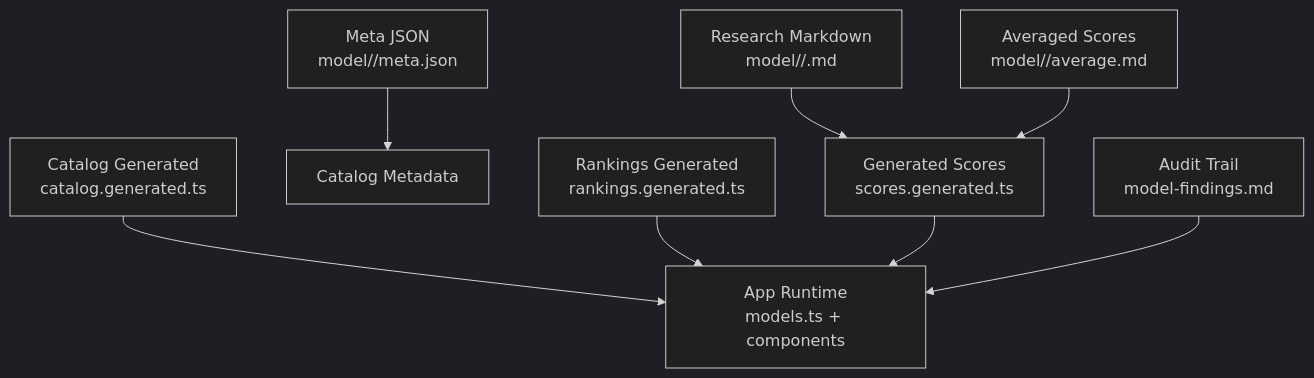
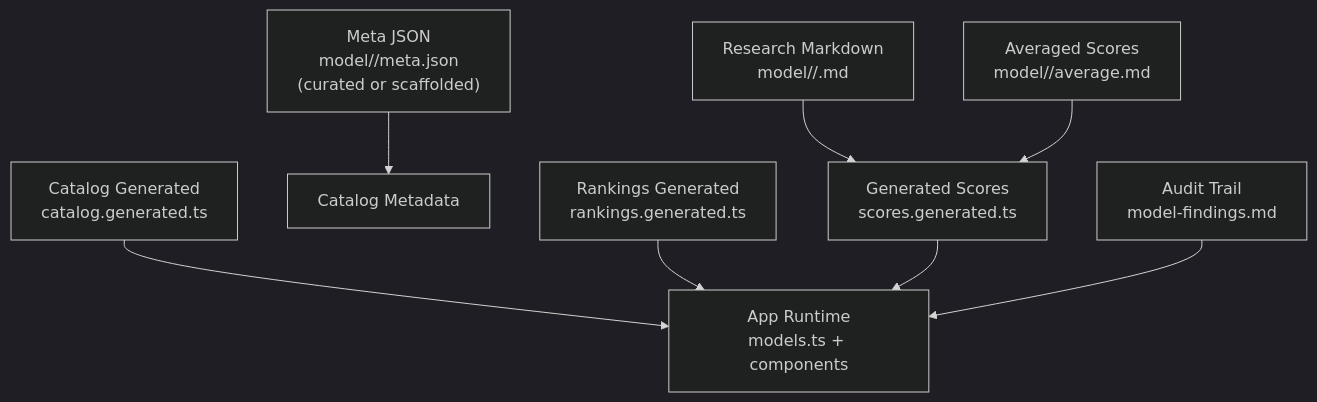
Diagram 16 of 17 in .qoder/repowiki/en/content/Data Management System/Data Management System.md (delirium-dj/modelcomp), drawn with Mermaid (dark theme) before and after one commit. The commit also changed other lines of this file and 141 other files, not shown here.

````diff
--- a/.qoder/repowiki/en/content/Data Management System/Data Management System.md
+++ b/.qoder/repowiki/en/content/Data Management System/Data Management System.md
@@ -539,10 +577,10 @@
 ```mermaid
 graph TB
 RF["Research Markdown<br/>model/<slug>/<Source_Name>.md"] --> Gen["Generated Scores<br/>scores.generated.ts"]
-MF["Meta JSON<br/>model/<slug>/meta.json"] --> Catalog["Catalog Metadata"]
+MF["Meta JSON<br/>model/<slug>/meta.json<br/>(curated or scaffolded)"] --> Catalog["Catalog Metadata"]
 AM["Averaged Scores<br/>model/<slug>/average.md"] --> Gen
 CG["Catalog Generated<br/>catalog.generated.ts"] --> App
 RG["Rankings Generated<br/>rankings.generated.ts"] --> App
 Gen --> App["App Runtime<br/>models.ts + components"]
 AF["Audit Trail<br/>model-findings.md"] --> App
 ```
````
